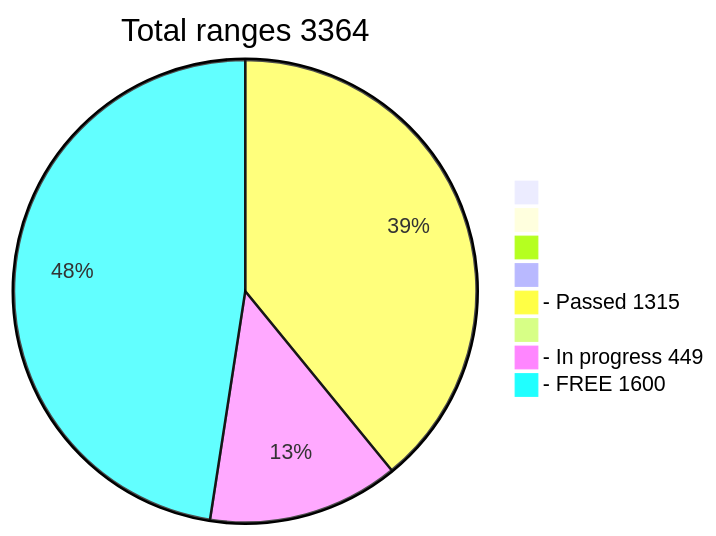
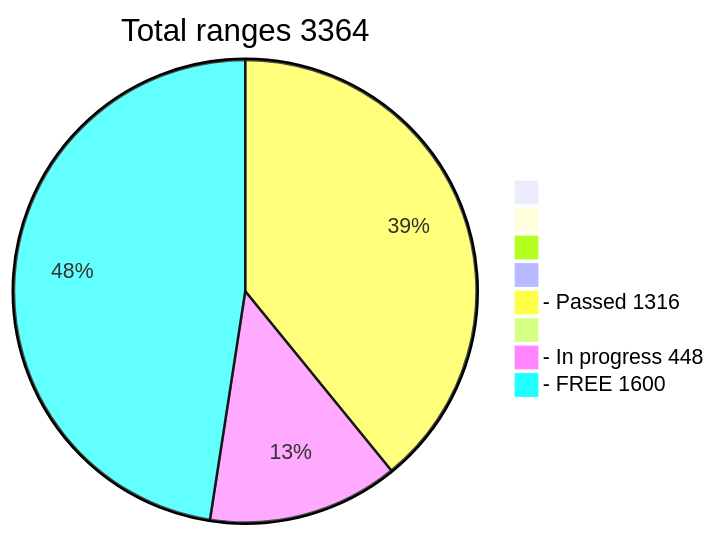
One commit to phrutis/wif500 changed the diagram in README.md. Above: the diagram before and after it, drawn with Mermaid.

````diff
--- a/README.md
+++ b/README.md
@@ -16,12 +16,12 @@
 ```mermaid
 pie title Total ranges 3364
              " " : 0
             "  " : 0
            "   " : 0
           "    " : 0
-  "- Passed 1315" : 1315
+  "- Passed 1316" : 1316
          "     " : 0
-  "- In progress 449" : 449
+  "- In progress 448" : 448
    "- FREE 1600" : 1600
    
 ```
````
